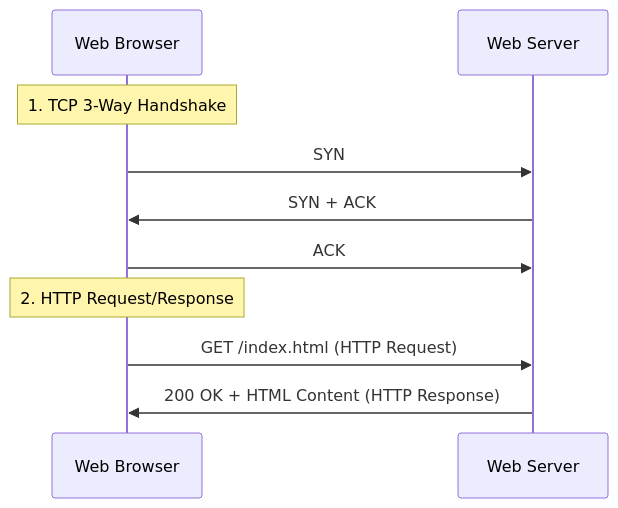
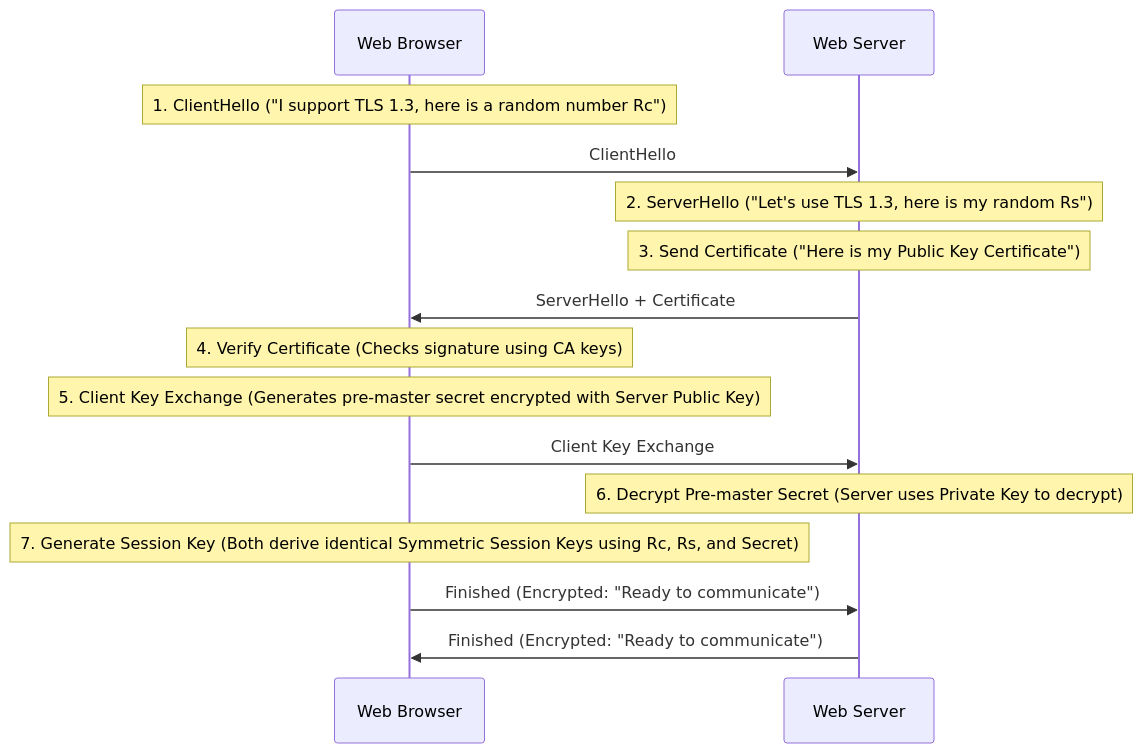
One commit to Sumitraj28/combinatorial_Studies changed the first of 2 diagrams in Unit_2_Computer_Networks/notes.md. Above: the diagram before and after it, drawn with Mermaid. The commit also changed other lines of this file and 7 other files, not shown here.

````diff
--- a/Unit_2_Computer_Networks/notes.md
+++ b/Unit_2_Computer_Networks/notes.md
@@ -126,14 +762,22 @@
 ```mermaid
 sequenceDiagram
     participant Client as Web Browser
     participant Server as Web Server
 
-    Note over Client: 1. TCP 3-Way Handshake
-    Client->>Server: SYN
-    Server->>Client: SYN + ACK
-    Client->>Server: ACK
+    Note over Client: 1. ClientHello ("I support TLS 1.3, here is a random number Rc")
+    Client->>Server: ClientHello
     
-    Note over Client: 2. HTTP Request/Response
-    Client->>Server: GET /index.html (HTTP Request)
-    Server->>Client: 200 OK + HTML Content (HTTP Response)
+    Note over Server: 2. ServerHello ("Let's use TLS 1.3, here is my random Rs")
+    Note over Server: 3. Send Certificate ("Here is my Public Key Certificate")
+    Server->>Client: ServerHello + Certificate
+    
+    Note over Client: 4. Verify Certificate (Checks signature using CA keys)
+    Note over Client: 5. Client Key Exchange (Generates pre-master secret encrypted with Server Public Key)
+    Client->>Server: Client Key Exchange
+    
+    Note over Server: 6. Decrypt Pre-master Secret (Server uses Private Key to decrypt)
+    Note over Client: 7. Generate Session Key (Both derive identical Symmetric Session Keys using Rc, Rs, and Secret)
+    
+    Client->>Server: Finished (Encrypted: "Ready to communicate")
+    Server->>Client: Finished (Encrypted: "Ready to communicate")
 ```
````
